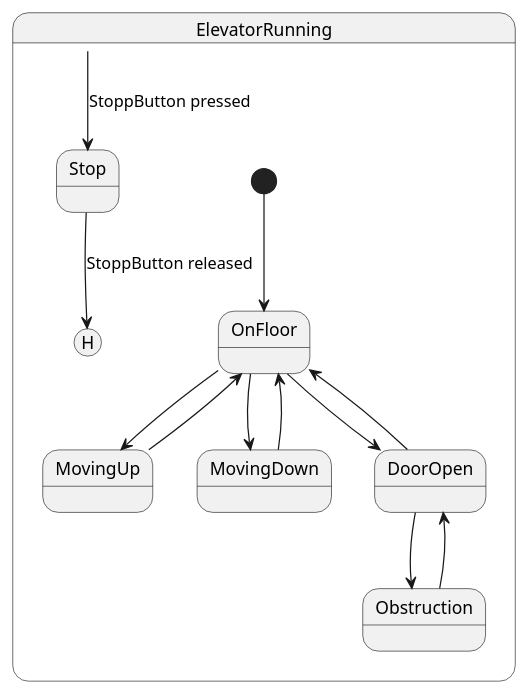
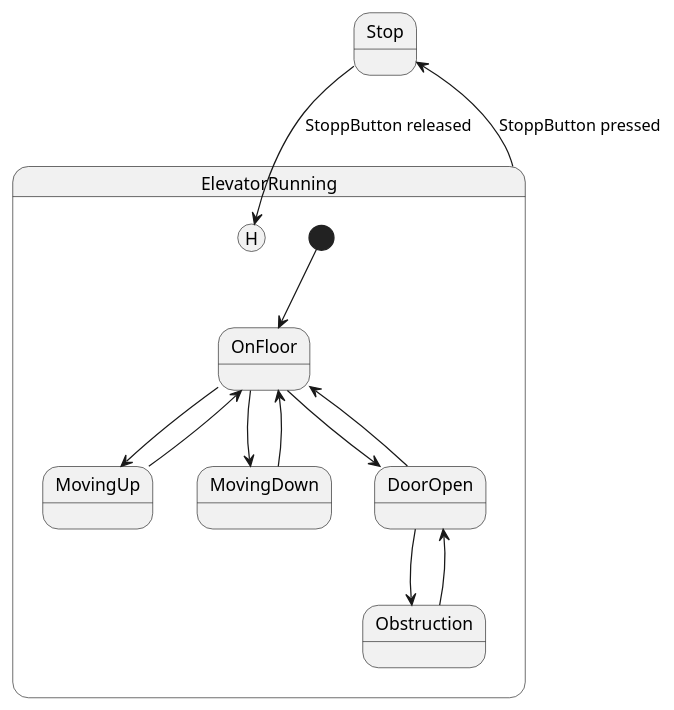
One commit to oskarNtnu/TTK4235_Heislabb changed the diagram in Forbredelser/UML/stateDiagram.puml. Above: the diagram before and after it, drawn with PlantUML. The commit also changed other lines of this file and 1 other file, not shown here.

Commit message:
some small fixes to UML diagrams

```diff
--- a/Forbredelser/UML/stateDiagram.puml
+++ b/Forbredelser/UML/stateDiagram.puml
@@ -1,22 +1,22 @@
 @startuml state diagram
+
+state Stop 
+ElevatorRunning --> Stop : StoppButton pressed
 
 state ElevatorRunning {
     [*] --> OnFloor
 
     OnFloor --> MovingUp 
     MovingUp --> OnFloor
     OnFloor --> MovingDown 
     MovingDown --> OnFloor
     OnFloor --> DoorOpen
     DoorOpen --> OnFloor
     Obstruction --> DoorOpen
     DoorOpen --> Obstruction
 
     Stop --> [H] : StoppButton released
 }
-state Stop 
-ElevatorRunning --> Stop : StoppButton pressed
-
 
 
 @enduml
```
